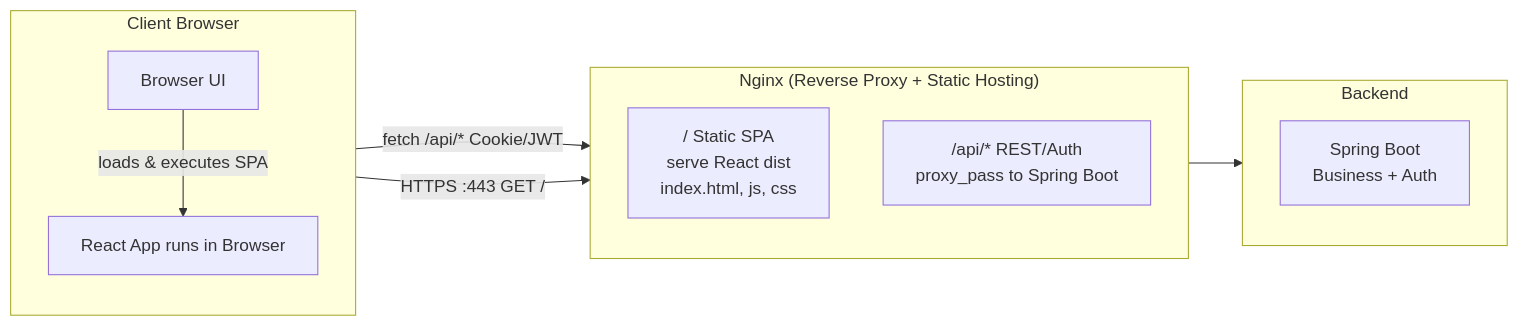
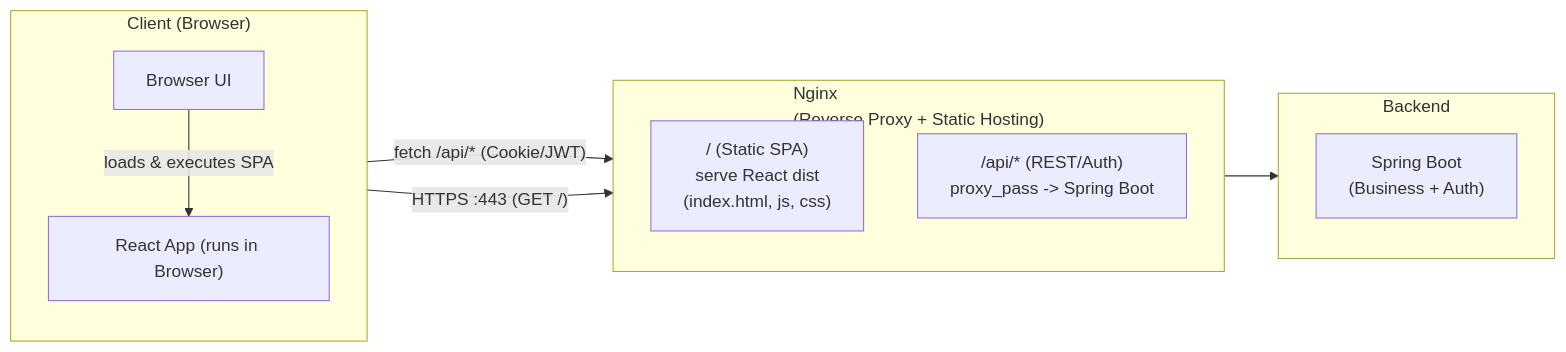
One commit to jhlee-si/jhlee-si.github.io changed the second of 2 diagrams in _posts/2026-03-04-react-springboot-structure.md. Above: the diagram before and after it, drawn with Mermaid.

````diff
--- a/_posts/2026-03-04-react-springboot-structure.md
+++ b/_posts/2026-03-04-react-springboot-structure.md
@@ -27,21 +27,21 @@
 ```mermaid
 flowchart LR
- subgraph C["Client Browser"]
+ subgraph C["Client (Browser)"]
     direction TB
         U["Browser UI"]
-        R["React App runs in Browser"]
+        R["React App (runs in Browser)"]
   end
- subgraph N["Nginx (Reverse Proxy + Static Hosting)"]
+ subgraph N["Nginx<br>(Reverse Proxy + Static Hosting)"]
     direction TB
-        NSPA["/ Static SPA<br>serve React dist<br>index.html, js, css"]
-        NAPI["/api/* REST/Auth<br>proxy_pass to Spring Boot"]
+        NSPA["/ (Static SPA)<br>serve React dist<br>(index.html, js, css)"]
+        NAPI["/api/* (REST/Auth)<br>proxy_pass -&gt; Spring Boot"]
   end
  subgraph S["Backend"]
     direction TB
-        B["Spring Boot<br>Business + Auth"]
+        B["Spring Boot<br>(Business + Auth)"]
   end
     U -- loads & executes SPA --> R
-    C -- HTTPS :443 GET / --> NSPA
-    R -- fetch /api/* Cookie/JWT --> NAPI
+    C -- HTTPS :443 (GET /) --> NSPA
+    R -- fetch /api/* (Cookie/JWT) --> NAPI
     NAPI --> B
 ```
````
